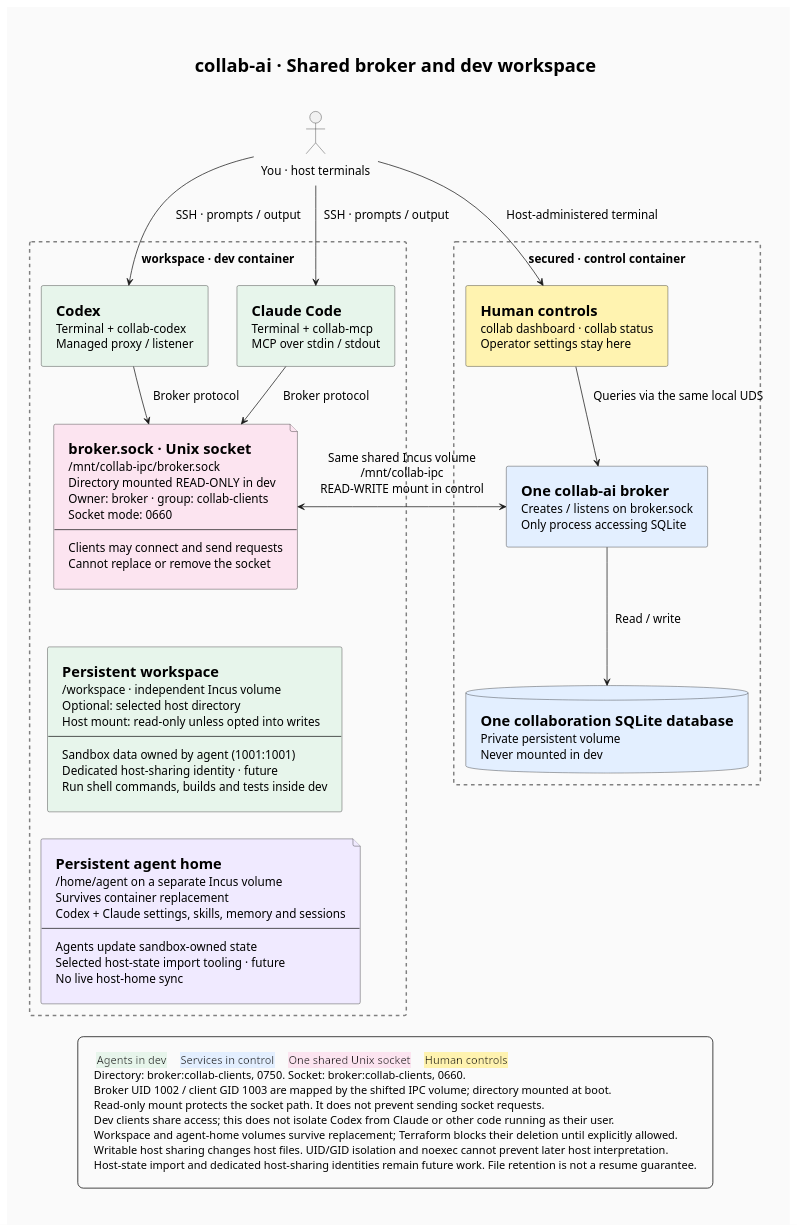
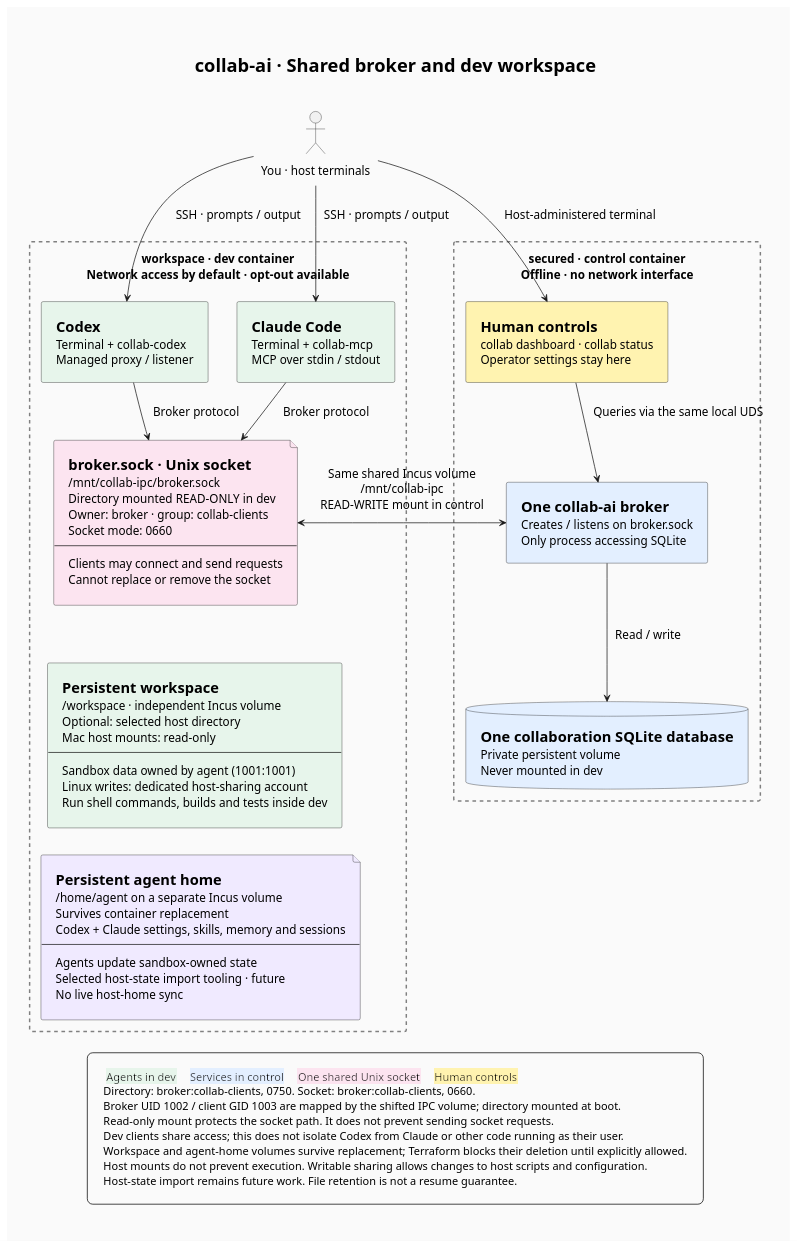
The diagram in docs/assets/architecture.puml (makarski/collab-ai), drawn with PlantUML before and after one commit. The commit also changed 32 other files, not shown here.

Commit message:
feat: simplify sandbox access and isolate host-sharing identities

```diff
--- a/docs/assets/architecture.puml
+++ b/docs/assets/architecture.puml
@@ -1,92 +1,92 @@
 @startuml architecture
 ' Render from the repository root:
 ' plantuml -tsvg -nometadata docs/assets/architecture.puml
 
 title collab-ai · Shared broker and dev workspace
 
 <style>
 title {
     FontSize 25
 }
 document {
     Margin 24
     BackgroundColor #fafafa
 }
 rectangle {
     LineStyle 5
     LineColor #grey
     LineThickness 2
 }
 .HumanControl {
     BackgroundColor #fff3b0
 }
 .Control {
     BackgroundColor #e3efff
 }
 .Dev {
     BackgroundColor #e7f5eb
 }
 .Socket {
     BackgroundColor #fce4f0
 }
 .Storage {
     BackgroundColor #f0eaff
 }
 legend {
     FontSize 15
     Padding 12
 }
 </style>
 
 hide stereotype
 skinparam {
     backgroundColor #fafafa
     shadowing false
     componentStyle rectangle
     defaultFontSize 16
     padding 10
     nodesep 40
     ranksep 35
 }
 
 actor "You · host terminals" as Human
 
-rectangle "workspace · dev container" as Dev {
+rectangle "workspace · dev container\nNetwork access by default · opt-out available" as Dev {
     component "=Codex\nTerminal + collab-codex\nManaged proxy / listener" as Codex <<Dev>>
     component "=Claude Code\nTerminal + collab-mcp\nMCP over stdin / stdout" as Claude <<Dev>>
-    component "=Persistent workspace\n/workspace · independent Incus volume\nOptional: selected host directory\nHost mount: read-only unless opted into writes\n--\nSandbox data owned by agent (1001:1001)\nDedicated host-sharing identity · future\nRun shell commands, builds and tests inside dev" as Project <<Dev>>
+    component "=Persistent workspace\n/workspace · independent Incus volume\nOptional: selected host directory\nMac host mounts: read-only\n--\nSandbox data owned by agent (1001:1001)\nLinux writes: dedicated host-sharing account\nRun shell commands, builds and tests inside dev" as Project <<Dev>>
     file "=Persistent agent home\n/home/agent on a separate Incus volume\nSurvives container replacement\nCodex + Claude settings, skills, memory and sessions\n--\nAgents update sandbox-owned state\nSelected host-state import tooling · future\nNo live host-home sync" as AgentHome <<Storage>>
     file "=broker.sock · Unix socket\n/mnt/collab-ipc/broker.sock\nDirectory mounted READ-ONLY in dev\nOwner: broker · group: collab-clients\nSocket mode: 0660\n--\nClients may connect and send requests\nCannot replace or remove the socket" as Socket <<Socket>>
 }
 
-rectangle "secured · control container" as Control {
+rectangle "secured · control container\nOffline · no network interface" as Control {
     component "=Human controls\ncollab dashboard · collab status\nOperator settings stay here" as Dashboard <<HumanControl>>
     component "=One collab-ai broker\nCreates / listens on broker.sock\nOnly process accessing SQLite" as Broker <<Control>>
     database "=One collaboration SQLite database\nPrivate persistent volume\nNever mounted in dev" as DB <<Control>>
 }
 
 Human -down-> Codex : SSH · prompts / output
 Human -down-> Claude : SSH · prompts / output
 Human -down-> Dashboard : Host-administered terminal
 
 Codex -down-> Socket : Broker protocol
 Claude -down-> Socket : Broker protocol
 Socket -[hidden]down-> Project
 Project -[hidden]down-> AgentHome
 
 Dashboard -down-> Broker : Queries via the same local UDS
 Broker <-left-> Socket : Same shared Incus volume\n/mnt/collab-ipc\nREAD-WRITE mount in control
 Broker -down-> DB : Read / write
 
 legend bottom
     <back:#e7f5eb> Agents in dev </back>   <back:#e3efff> Services in control </back>   <back:#fce4f0> One shared Unix socket </back>   <back:#fff3b0> Human controls </back>
     Directory: broker:collab-clients, 0750. Socket: broker:collab-clients, 0660.
     Broker UID 1002 / client GID 1003 are mapped by the shifted IPC volume; directory mounted at boot.
     Read-only mount protects the socket path. It does not prevent sending socket requests.
     Dev clients share access; this does not isolate Codex from Claude or other code running as their user.
     Workspace and agent-home volumes survive replacement; Terraform blocks their deletion until explicitly allowed.
-    Writable host sharing changes host files. UID/GID isolation and noexec cannot prevent later host interpretation.
-    Host-state import and dedicated host-sharing identities remain future work. File retention is not a resume guarantee.
+    Host mounts do not prevent execution. Writable sharing allows changes to host scripts and configuration.
+    Host-state import remains future work. File retention is not a resume guarantee.
 endlegend
 
 @enduml
```
